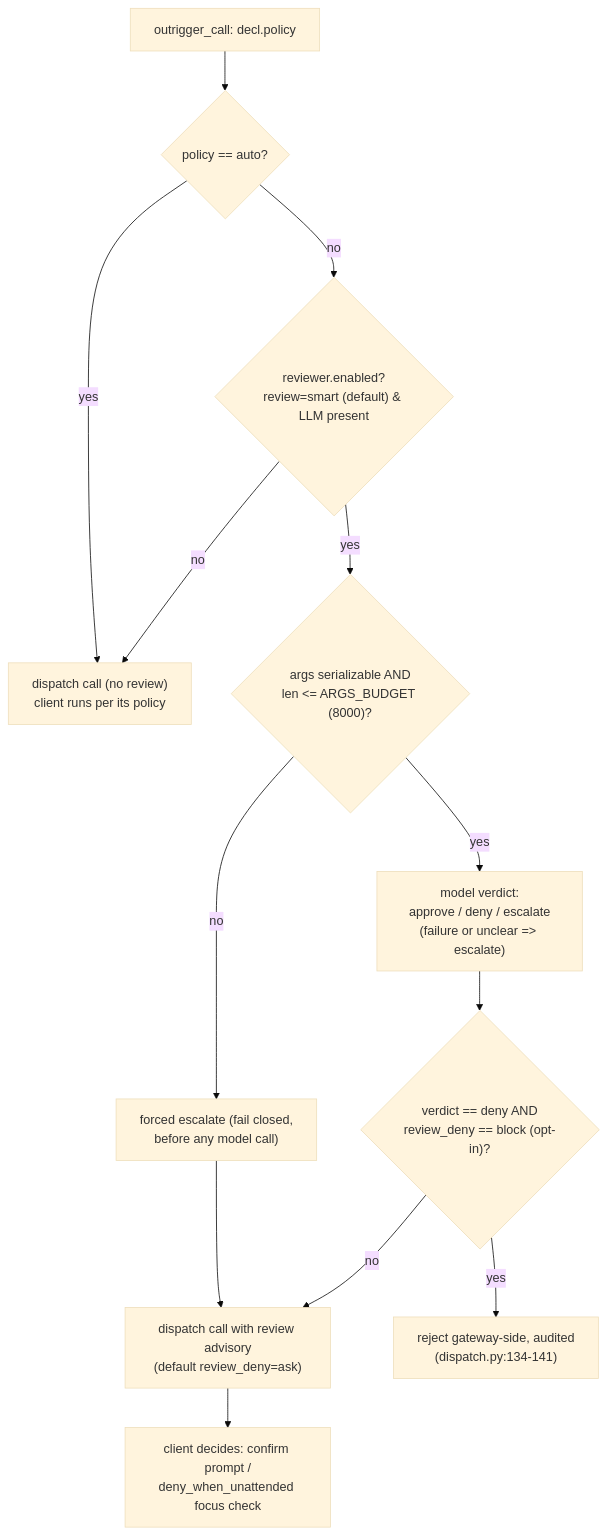
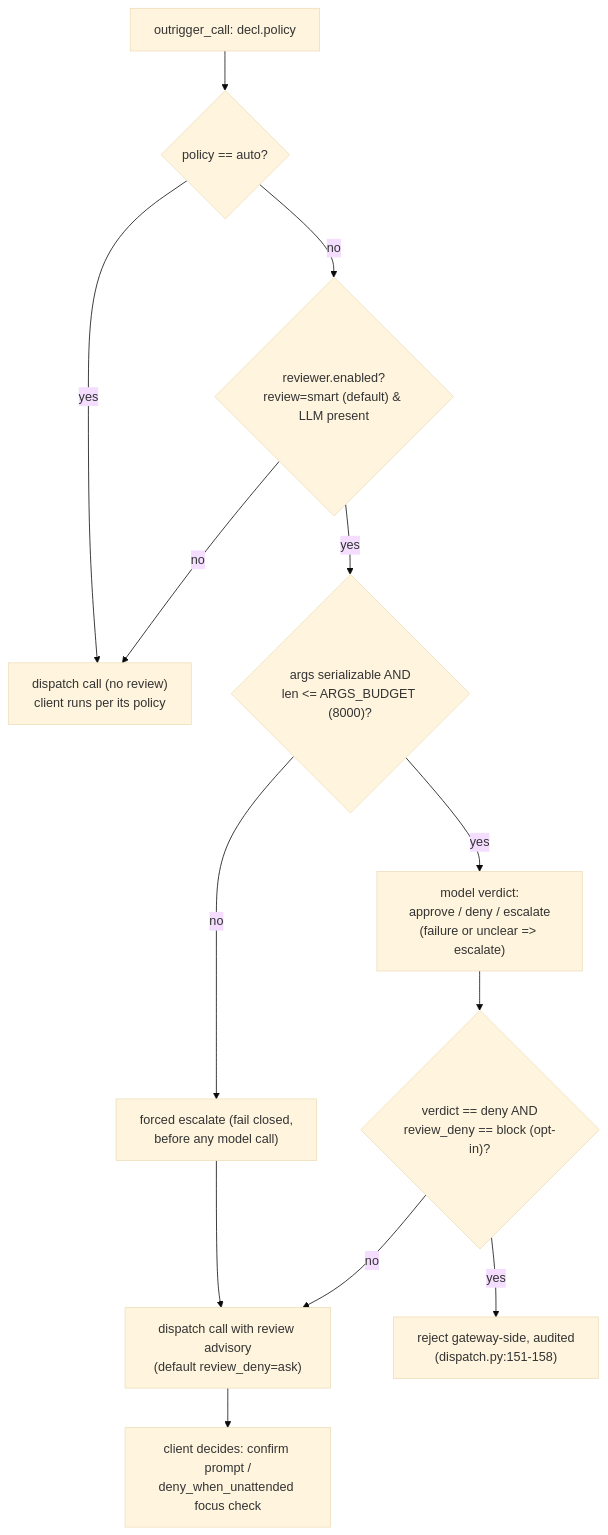
Before and after one commit to codepilots/hermes-outrigger: the fourth of 6 diagrams in AUDIT.md, drawn with Mermaid (base theme). The commit also changed other lines of this file and 16 other files, not shown here.

````diff
--- a/AUDIT.md
+++ b/AUDIT.md
@@ -171,15 +173,15 @@
 ```mermaid
 flowchart TD
   S["outrigger_call: decl.policy"] --> Auto{"policy == auto?"}
   Auto -->|yes| Dispatch["dispatch call (no review)<br/>client runs per its policy"]
   Auto -->|no| Enabled{"reviewer.enabled?<br/>review=smart (default) & LLM present"}
   Enabled -->|no| Dispatch
   Enabled -->|yes| Budget{"args serializable AND<br/>len <= ARGS_BUDGET (8000)?"}
   Budget -->|no| Esc["forced escalate (fail closed,<br/>before any model call)"]
   Budget -->|yes| Model["model verdict:<br/>approve / deny / escalate<br/>(failure or unclear => escalate)"]
   Esc --> Adv
   Model --> Deny{"verdict == deny AND<br/>review_deny == block (opt-in)?"}
-  Deny -->|yes| Block["reject gateway-side, audited<br/>(dispatch.py:134-141)"]
+  Deny -->|yes| Block["reject gateway-side, audited<br/>(dispatch.py:151-158)"]
   Deny -->|no| Adv["dispatch call with review advisory<br/>(default review_deny=ask)"]
   Adv --> Client["client decides: confirm prompt /<br/>deny_when_unattended focus check"]
 ```
````
